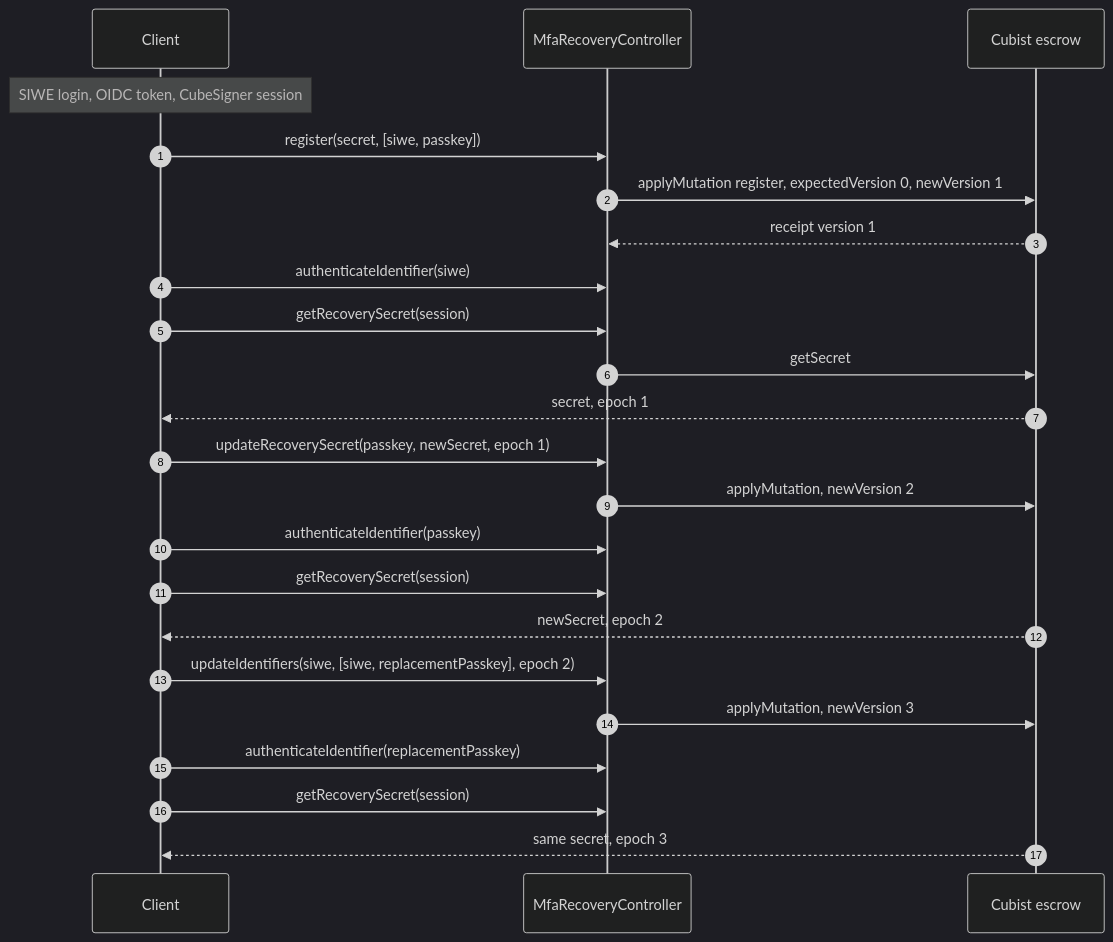
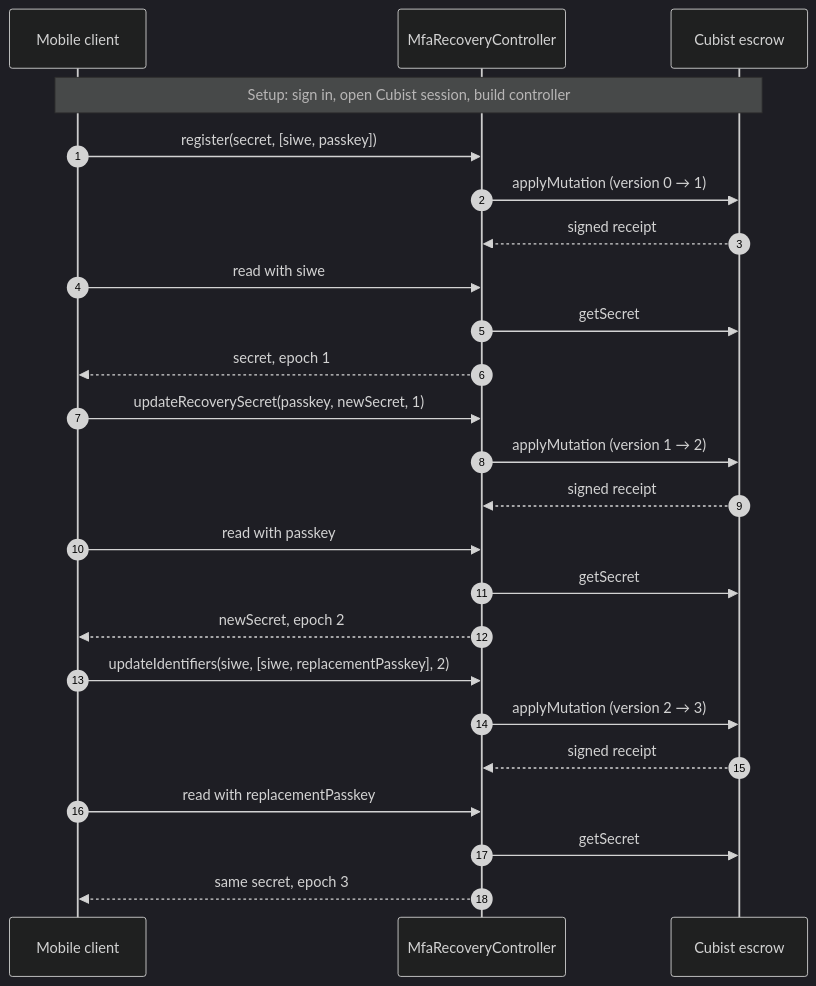
One commit to MetaMask/core changed the first of 5 diagrams in packages/mfa-recovery-controller/CUBIST_TEST_SEQUENCE.md. Above: the diagram before and after it, drawn with Mermaid (dark theme). The commit also changed other lines of this file, not shown here.

First line of the commit message:
docs(mfa-recovery-controller): refine CUBIST_TEST_SEQUENCE.md for mobile developer test clarity

````diff
--- a/packages/mfa-recovery-controller/CUBIST_TEST_SEQUENCE.md
+++ b/packages/mfa-recovery-controller/CUBIST_TEST_SEQUENCE.md
@@ -20,29 +20,30 @@
 ```mermaid
 sequenceDiagram
   autonumber
-  participant Client
+  participant Mobile as Mobile client
   participant C as MfaRecoveryController
-  participant Escrow as Cubist escrow
+  participant Cubist as Cubist escrow
 
-  Note over Client: SIWE login, OIDC token, CubeSigner session
+  Note over Mobile,Cubist: Setup: sign in, open Cubist session, build controller
 
-  Client->>C: register(secret, [siwe, passkey])
-  C->>Escrow: applyMutation register, expectedVersion 0, newVersion 1
-  Escrow-->>C: receipt version 1
-  Client->>C: authenticateIdentifier(siwe)
-  Client->>C: getRecoverySecret(session)
-  C->>Escrow: getSecret
-  Escrow-->>Client: secret, epoch 1
+  Mobile->>C: register(secret, [siwe, passkey])
+  C->>Cubist: applyMutation (version 0 → 1)
+  Cubist-->>C: signed receipt
+  Mobile->>C: read with siwe
+  C->>Cubist: getSecret
+  C-->>Mobile: secret, epoch 1
 
-  Client->>C: updateRecoverySecret(passkey, newSecret, epoch 1)
-  C->>Escrow: applyMutation, newVersion 2
-  Client->>C: authenticateIdentifier(passkey)
-  Client->>C: getRecoverySecret(session)
-  Escrow-->>Client: newSecret, epoch 2
+  Mobile->>C: updateRecoverySecret(passkey, newSecret, 1)
+  C->>Cubist: applyMutation (version 1 → 2)
+  Cubist-->>C: signed receipt
+  Mobile->>C: read with passkey
+  C->>Cubist: getSecret
+  C-->>Mobile: newSecret, epoch 2
 
-  Client->>C: updateIdentifiers(siwe, [siwe, replacementPasskey], epoch 2)
-  C->>Escrow: applyMutation, newVersion 3
-  Client->>C: authenticateIdentifier(replacementPasskey)
-  Client->>C: getRecoverySecret(session)
-  Escrow-->>Client: same secret, epoch 3
+  Mobile->>C: updateIdentifiers(siwe, [siwe, replacementPasskey], 2)
+  C->>Cubist: applyMutation (version 2 → 3)
+  Cubist-->>C: signed receipt
+  Mobile->>C: read with replacementPasskey
+  C->>Cubist: getSecret
+  C-->>Mobile: same secret, epoch 3
 ```
````
